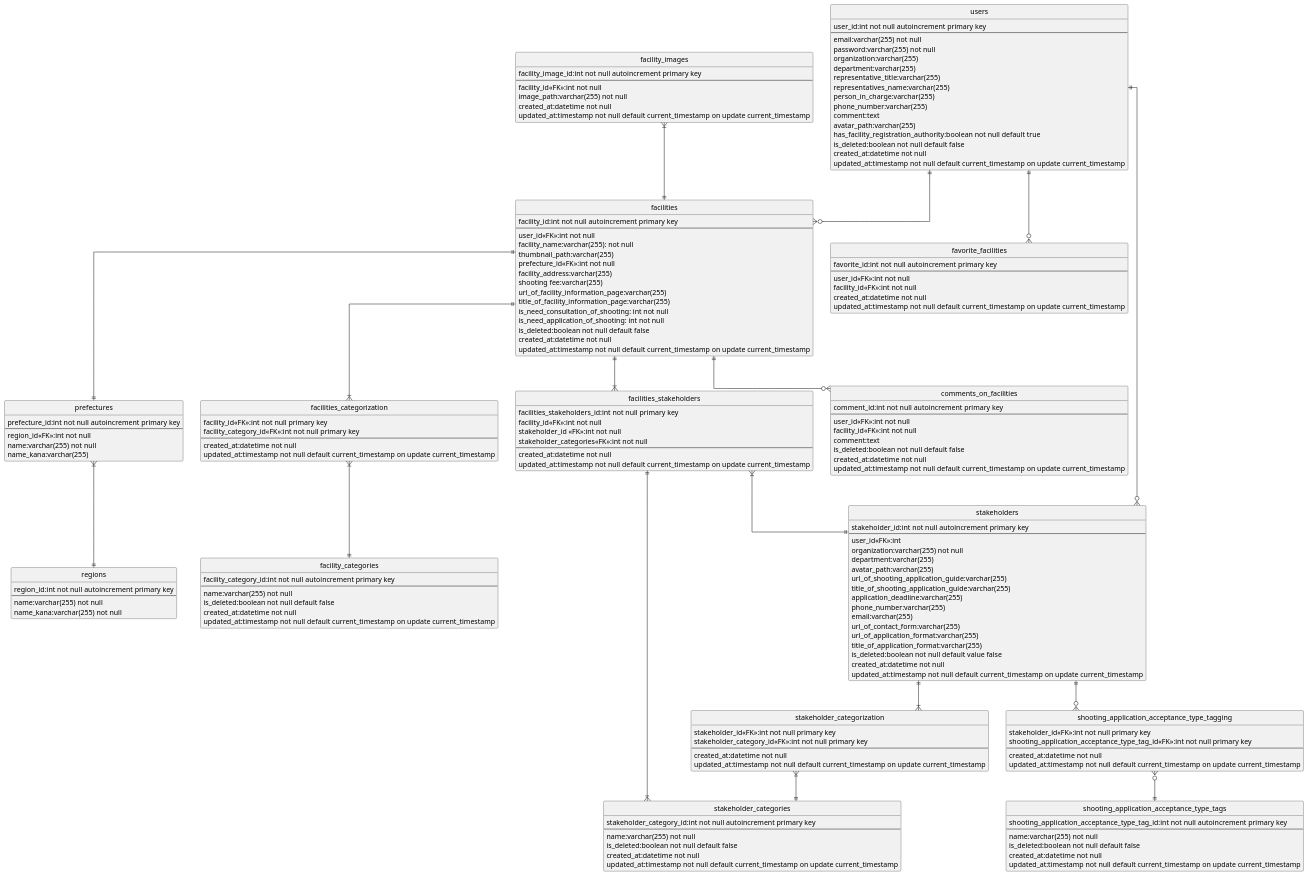
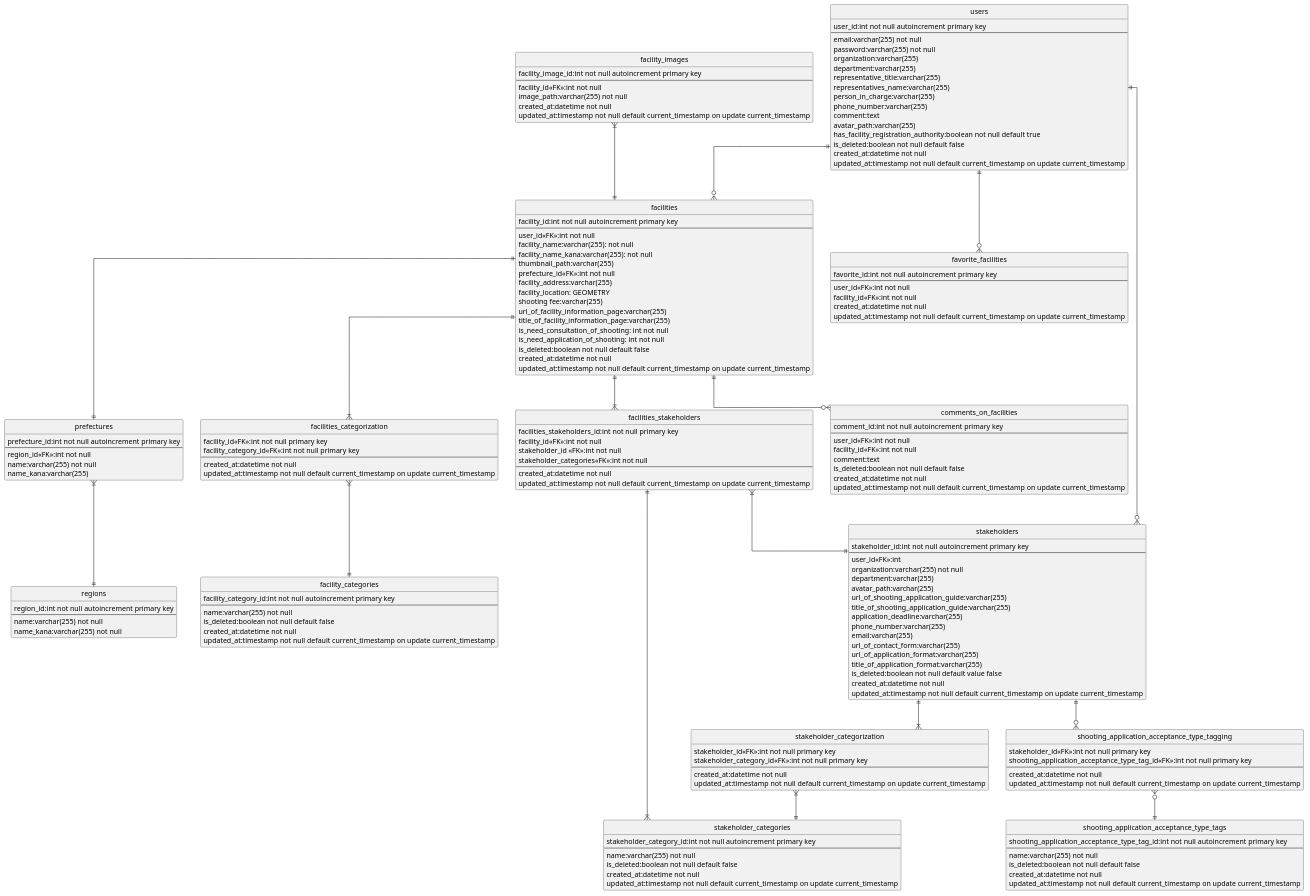
One commit to mitchy-dev/facility_shooting_permission_application changed the diagram in erDiagram.puml. Above: the diagram before and after it, drawn with PlantUML.

Commit message:
海岸のテーブルに読み仮名と座標を追加

```diff
--- a/erDiagram.puml
+++ b/erDiagram.puml
@@ -1,193 +1,195 @@
 @startuml kaigan-loca
 ' hide the spot
 hide circle
 
 ' avoid problems with angled crows feet
 skinparam linetype ortho
 
 
 entity "users" as users {
   user_id:int not null autoincrement primary key
   --
   email:varchar(255) not null
   password:varchar(255) not null
   organization:varchar(255)
   department:varchar(255)
   representative_title:varchar(255)
   representatives_name:varchar(255)
   person_in_charge:varchar(255)
   phone_number:varchar(255)
   comment:text
   avatar_path:varchar(255)
   has_facility_registration_authority:boolean not null default true
   is_deleted:boolean not null default false
   created_at:datetime not null
   updated_at:timestamp not null default current_timestamp on update current_timestamp
 }
 
 entity "facilities" as facilities {
   facility_id:int not null autoincrement primary key
   --
   user_id<<FK>>:int not null
   facility_name:varchar(255): not null
+  facility_name_kana:varchar(255): not null
   thumbnail_path:varchar(255)
   prefecture_id<<FK>>:int not null
   facility_address:varchar(255)
+  facility_location: GEOMETRY
   shooting fee:varchar(255)
   url_of_facility_information_page:varchar(255)
   title_of_facility_information_page:varchar(255)
   is_need_consultation_of_shooting: int not null
   is_need_application_of_shooting: int not null
   is_deleted:boolean not null default false
   created_at:datetime not null
   updated_at:timestamp not null default current_timestamp on update current_timestamp
 }
 
 entity "stakeholders" as stakeholders {
   stakeholder_id:int not null autoincrement primary key
   --
   user_id<<FK>>:int
   organization:varchar(255) not null
   department:varchar(255)
   avatar_path:varchar(255)
   url_of_shooting_application_guide:varchar(255)
   title_of_shooting_application_guide:varchar(255)
   application_deadline:varchar(255)
   phone_number:varchar(255)
   email:varchar(255)
   url_of_contact_form:varchar(255)
   url_of_application_format:varchar(255)
   title_of_application_format:varchar(255)
   is_deleted:boolean not null default value false
   created_at:datetime not null
   updated_at:timestamp not null default current_timestamp on update current_timestamp
 }
 
 entity "facility_images" as facility_images {
   facility_image_id:int not null autoincrement primary key
   --
   facility_id<<FK>>:int not null
   image_path:varchar(255) not null
   created_at:datetime not null
   updated_at:timestamp not null default current_timestamp on update current_timestamp
 }
 
 entity "comments_on_facilities" as comments_on_facilities {
   comment_id:int not null autoincrement primary key
   --
   user_id<<FK>>:int not null
   facility_id<<FK>>:int not null
   comment:text
   is_deleted:boolean not null default false
   created_at:datetime not null
   updated_at:timestamp not null default current_timestamp on update current_timestamp
 }
 
 entity "favorite_facilities" as favorite_facilities {
   favorite_id:int not null autoincrement primary key
   --
   user_id<<FK>>:int not null
   facility_id<<FK>>:int not null
   created_at:datetime not null
   updated_at:timestamp not null default current_timestamp on update current_timestamp
 }
 
 'マスタデータ
 entity "regions" as regions {
   region_id:int not null autoincrement primary key
   --
   name:varchar(255) not null
   name_kana:varchar(255) not null
 }
 entity "prefectures" as prefectures {
   prefecture_id:int not null autoincrement primary key
   --
   region_id<<FK>>:int not null
   name:varchar(255) not null
   name_kana:varchar(255)
 }
 
 entity "stakeholder_categories" as stakeholder_categories {
   stakeholder_category_id:int not null autoincrement primary key
   --
   name:varchar(255) not null
   is_deleted:boolean not null default false
   created_at:datetime not null
   updated_at:timestamp not null default current_timestamp on update current_timestamp
 }
 
 entity "shooting_application_acceptance_type_tags" as shooting_application_acceptance_type_tags {
   shooting_application_acceptance_type_tag_id:int not null autoincrement primary key
   --
   name:varchar(255) not null
   is_deleted:boolean not null default false
   created_at:datetime not null
   updated_at:timestamp not null default current_timestamp on update current_timestamp
 }
 
 entity "facility_categories" as facility_categories {
   facility_category_id:int not null autoincrement primary key
   --
   name:varchar(255) not null
   is_deleted:boolean not null default false
   created_at:datetime not null
   updated_at:timestamp not null default current_timestamp on update current_timestamp
 }
 
 
 '交差テーブル
 entity "facilities_categorization" as facilities_categorization {
   facility_id<<FK>>:int not null primary key
   facility_category_id<<FK>>:int not null primary key
   --
   created_at:datetime not null
   updated_at:timestamp not null default current_timestamp on update current_timestamp
 }
 
 entity "facilities_stakeholders" as facilities_stakeholders {
   facilities_stakeholders_id:int not null primary key
   facility_id<<FK>>:int not null
   stakeholder_id <<FK>>:int not null
   stakeholder_categories<<FK>>:int not null
   --
   created_at:datetime not null
   updated_at:timestamp not null default current_timestamp on update current_timestamp
 }
 
 entity "stakeholder_categorization" as stakeholder_categorization {
   stakeholder_id<<FK>>:int not null primary key
   stakeholder_category_id<<FK>>:int not null primary key
   --
   created_at:datetime not null
   updated_at:timestamp not null default current_timestamp on update current_timestamp
 }
 
 entity "shooting_application_acceptance_type_tagging" as shooting_application_acceptance_type_tagging {
   stakeholder_id<<FK>>:int not null primary key
   shooting_application_acceptance_type_tag_id<<FK>>:int not null primary key
   --
   created_at:datetime not null
   updated_at:timestamp not null default current_timestamp on update current_timestamp
 }
 'user
 users ||--o{ facilities
 users ||--o{ stakeholders
 users ||--o{ favorite_facilities
 'facilities
 facilities ||--|| prefectures
 prefectures }|--|| regions
 facility_images }|--|| facilities
 facilities ||--|{ facilities_categorization
 facilities_categorization }|--|| facility_categories
 facilities ||--|{ facilities_stakeholders
 facilities_stakeholders }|--|| stakeholders
 facilities ||--o{ comments_on_facilities
 'stakeholders
 stakeholders ||--|{ stakeholder_categorization
 stakeholder_categorization }|--|| stakeholder_categories
 stakeholders ||--o{ shooting_application_acceptance_type_tagging
 shooting_application_acceptance_type_tagging }o--|| shooting_application_acceptance_type_tags
 'facilities_stakeholders
 facilities_stakeholders ||--|{ stakeholder_categories
 
 @enduml
```
